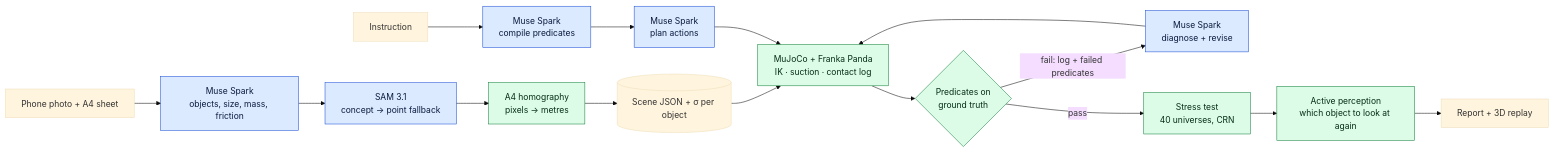
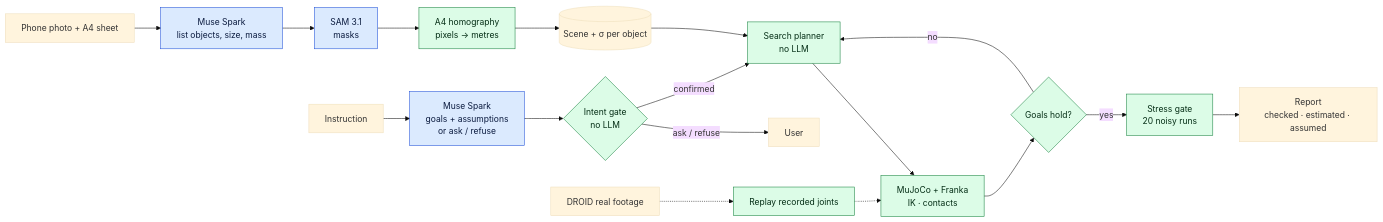
One commit to sstmade/rehearsal changed the diagram in README.md. Above: the diagram before and after it, drawn with Mermaid (base theme). The commit also changed other lines of this file and 2 other files, not shown here.

First line of the commit message:
Story v5: rewrite README and submission on the pivot (intent / geometry / reality)

````diff
--- a/README.md
+++ b/README.md
@@ -274,21 +119,22 @@
 ```mermaid
 flowchart LR
-  P[Phone photo + A4 sheet] --> MS1[Muse Spark<br/>objects, size, mass, friction]
-  MS1 --> SAM[SAM 3.1<br/>concept → point fallback]
+  P[Phone photo + A4 sheet] --> MS1[Muse Spark<br/>list objects, size, mass]
+  MS1 --> SAM[SAM 3.1<br/>masks]
   SAM --> H[A4 homography<br/>pixels → metres]
-  H --> SC[(Scene JSON + σ per object)]
-  SC --> SIM[MuJoCo + Franka Panda<br/>IK · suction · contact log]
-  I[Instruction] --> G[Muse Spark<br/>compile predicates]
-  G --> PL[Muse Spark<br/>plan actions]
-  PL --> SIM
-  SIM --> PR{Predicates on<br/>ground truth}
-  PR -- fail: log + failed predicates --> RV[Muse Spark<br/>diagnose + revise]
-  RV --> SIM
-  PR -- pass --> ST[Stress test<br/>40 universes, CRN]
-  ST --> AP[Active perception<br/>which object to look at again]
-  AP --> R[Report + 3D replay]
+  H --> SC[(Scene + σ per object)]
+  I[Instruction] --> G[Muse Spark<br/>goals + assumptions<br/>or ask / refuse]
+  G --> GT{Intent gate<br/>no LLM}
+  GT -- ask / refuse --> U[User]
+  GT -- confirmed --> SP[Search planner<br/>no LLM]
+  SC --> SP
+  SP --> SIM[MuJoCo + Franka<br/>IK · contacts]
+  SIM --> PR{Goals hold?}
+  PR -- no --> SP
+  PR -- yes --> ST[Stress gate<br/>20 noisy runs]
+  ST --> R[Report<br/>checked · estimated · assumed]
+  D[DROID real footage] -.-> RP[Replay recorded joints] -.-> SIM
   classDef meta fill:#dbeafe,stroke:#1d4ed8,color:#0b1b3f;
   classDef phys fill:#dcfce7,stroke:#15803d,color:#052e16;
-  class MS1,SAM,G,PL,RV meta;
-  class H,SIM,PR,ST,AP phys;
+  class MS1,SAM,G meta;
+  class H,GT,SP,SIM,PR,ST,RP phys;
 ```
````
